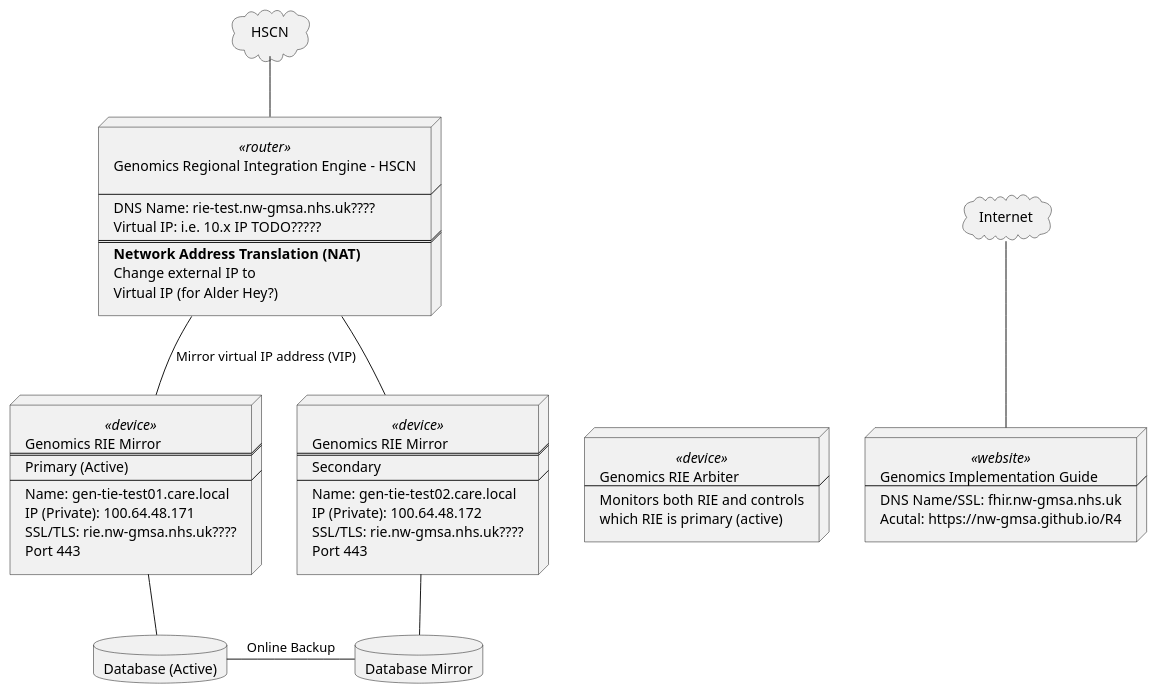
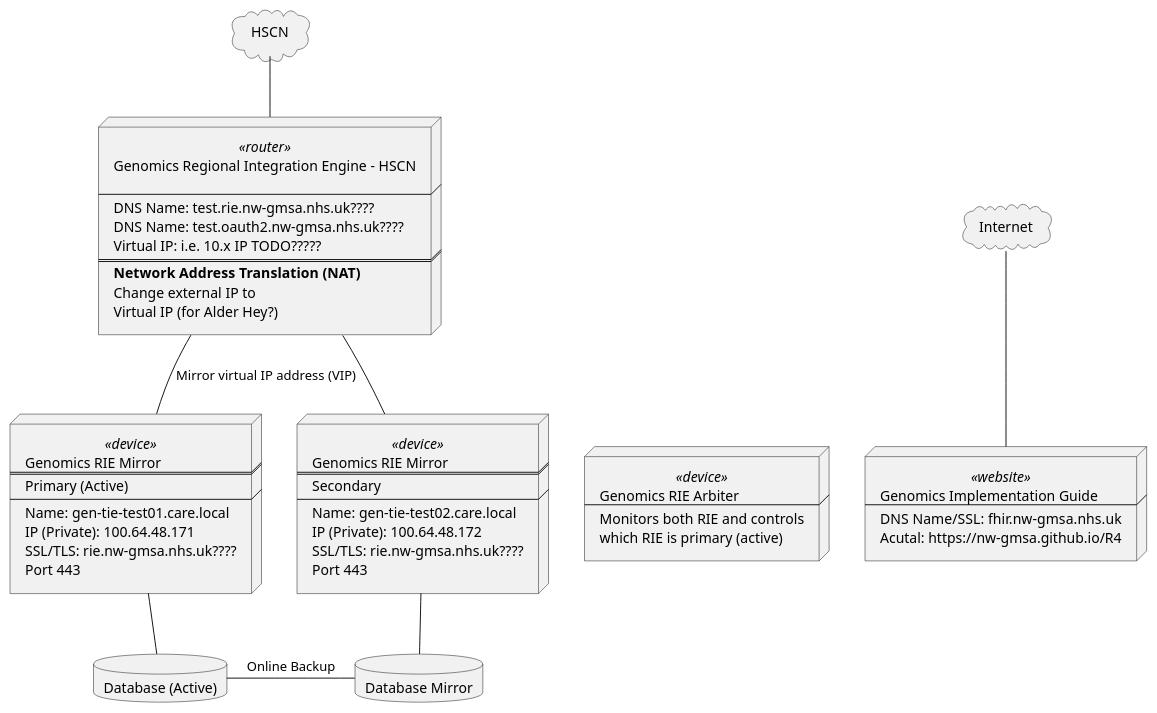
Before and after one commit to nw-gmsa/nw-gmsa.github.com: the diagram in input/images-source/deployment.plantuml, drawn with PlantUML.

Commit message:
Updated deployment diagram

```diff
--- a/input/images-source/deployment.plantuml
+++ b/input/images-source/deployment.plantuml
@@ -1,80 +1,81 @@
 @startuml
 
 cloud HSCN [
 HSCN
 ]
 
 cloud internet [
 Internet
 ]
 
 node network <<router>> [
 Genomics Regional Integration Engine - HSCN
 
 ----
-DNS Name: rie-test.nw-gmsa.nhs.uk????
+DNS Name: test.rie.nw-gmsa.nhs.uk????
+DNS Name: test.oauth2.nw-gmsa.nhs.uk????
 Virtual IP: i.e. 10.x IP TODO?????
 ====
 **Network Address Translation (NAT)**
 Change external IP to
 Virtual IP (for Alder Hey?)
 ]
 
 
 node tie1 <<device>> [
 Genomics RIE Mirror
 ====
 Primary (Active)
 ----
 Name: gen-tie-test01.care.local
 IP (Private): 100.64.48.171
 SSL/TLS: rie.nw-gmsa.nhs.uk????
 Port 443
 ]
 
 node tie2 <<device>> [
 Genomics RIE Mirror
 ====
 Secondary
 ----
 Name: gen-tie-test02.care.local
 IP (Private): 100.64.48.172
 SSL/TLS: rie.nw-gmsa.nhs.uk????
 Port 443
 ]
 
 node arbiter <<device>> [
 Genomics RIE Arbiter
 ----
 Monitors both RIE and controls
 which RIE is primary (active)
 ]
 
 node ig <<website>> [
 Genomics Implementation Guide
 ----
 DNS Name/SSL: fhir.nw-gmsa.nhs.uk
 Acutal: https://nw-gmsa.github.io/R4
 ]
 
 database database1 [
 Database (Active)
 ]
 
 database database2 [
 Database Mirror
 ]
 
 HSCN -- network
 internet -- ig
 network -d- tie1 : Mirror virtual IP address (VIP)
 network -d- tie2
 
 tie1 -r[hidden]- tie2
 tie2 -r[hidden]- arbiter
 arbiter -r[hidden]- ig
 tie1 -- database1
 database1 -r- database2: Online Backup
 tie2 -- database2
 
 @enduml
```
